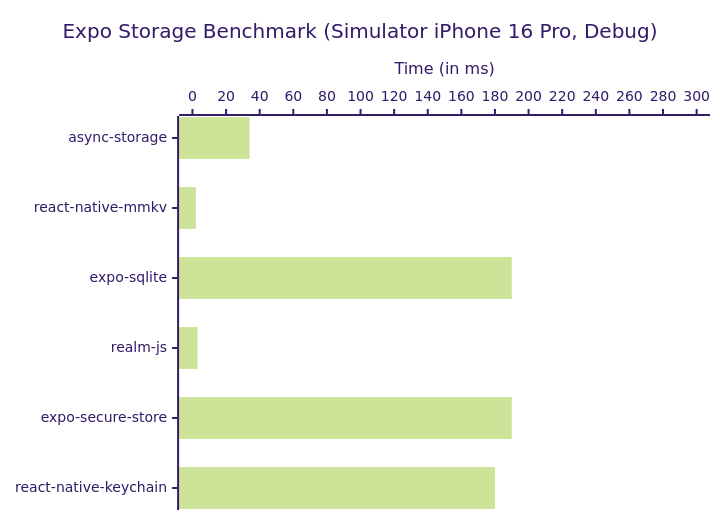
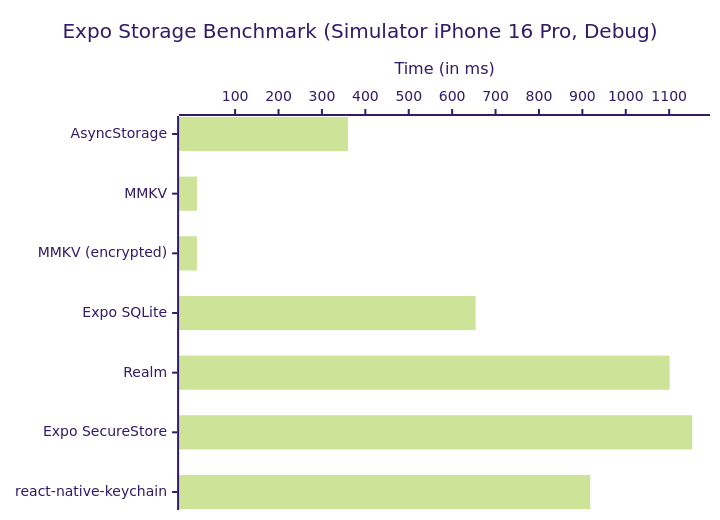
The third of 3 diagrams in charts.md (pvinis/StorageBenchmark), drawn with Mermaid before and after one commit. The commit also changed other lines of this file and 16 other files, not shown here.

````diff
--- a/charts.md
+++ b/charts.md
@@ -24,8 +24,8 @@
 ```mermaid
 %%{init: {'theme': 'forest'}}%%
 xychart-beta horizontal
     title "Expo Storage Benchmark (Simulator iPhone 16 Pro, Debug)"
-    x-axis ["async-storage", "react-native-mmkv", "expo-sqlite", "realm-js", "expo-secure-store", "react-native-keychain"]
-    y-axis "Time (in ms)" 0 --> 300
-    bar [34, 2, 190, 3, 190, 180]
+    x-axis ["AsyncStorage", "MMKV", "MMKV (encrypted)", "Expo SQLite", "Realm", "Expo SecureStore", "react-native-keychain"]
+    y-axis "Time (in ms)"
+    bar [360, 12, 12, 654, 1101, 1153, 918]
 ```
````
